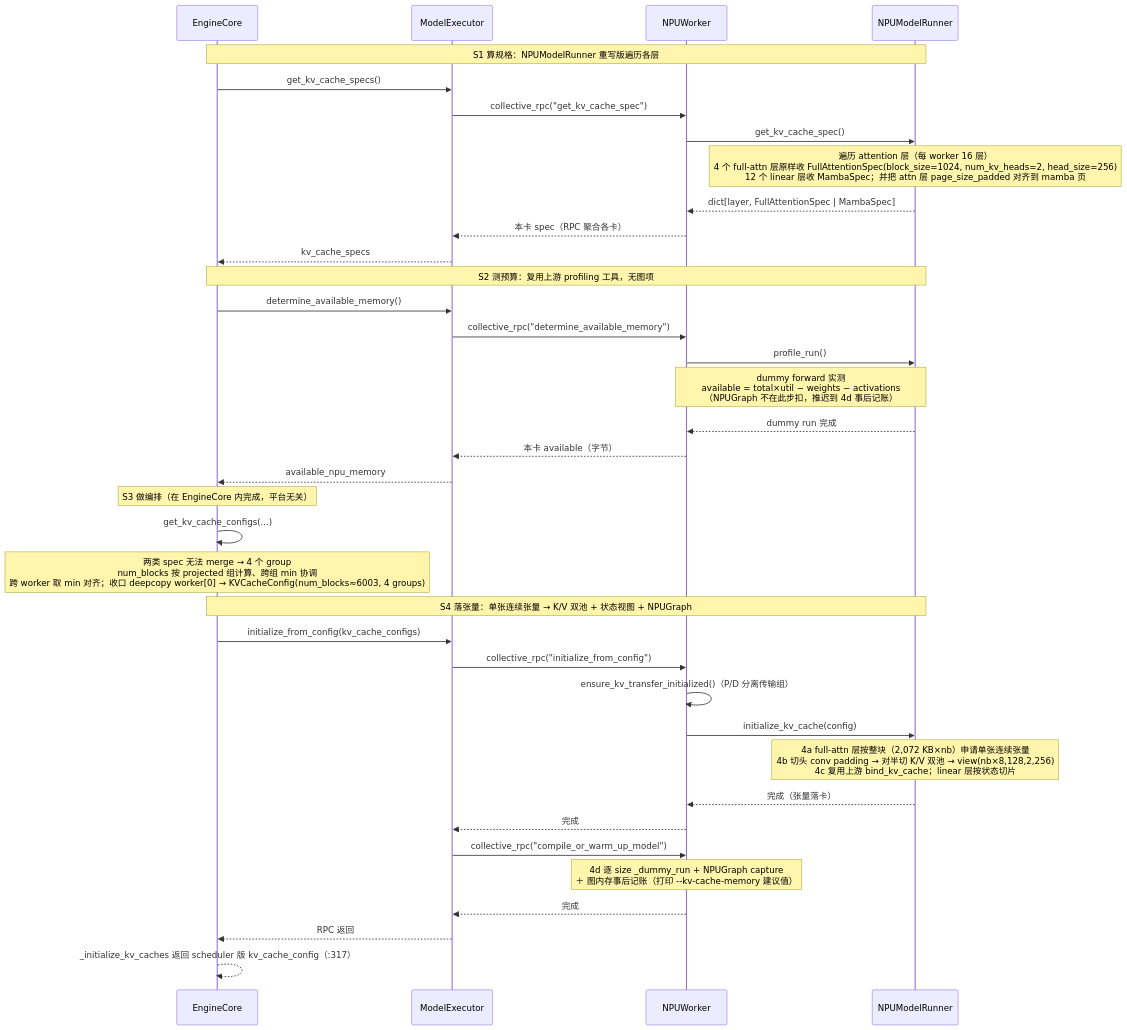
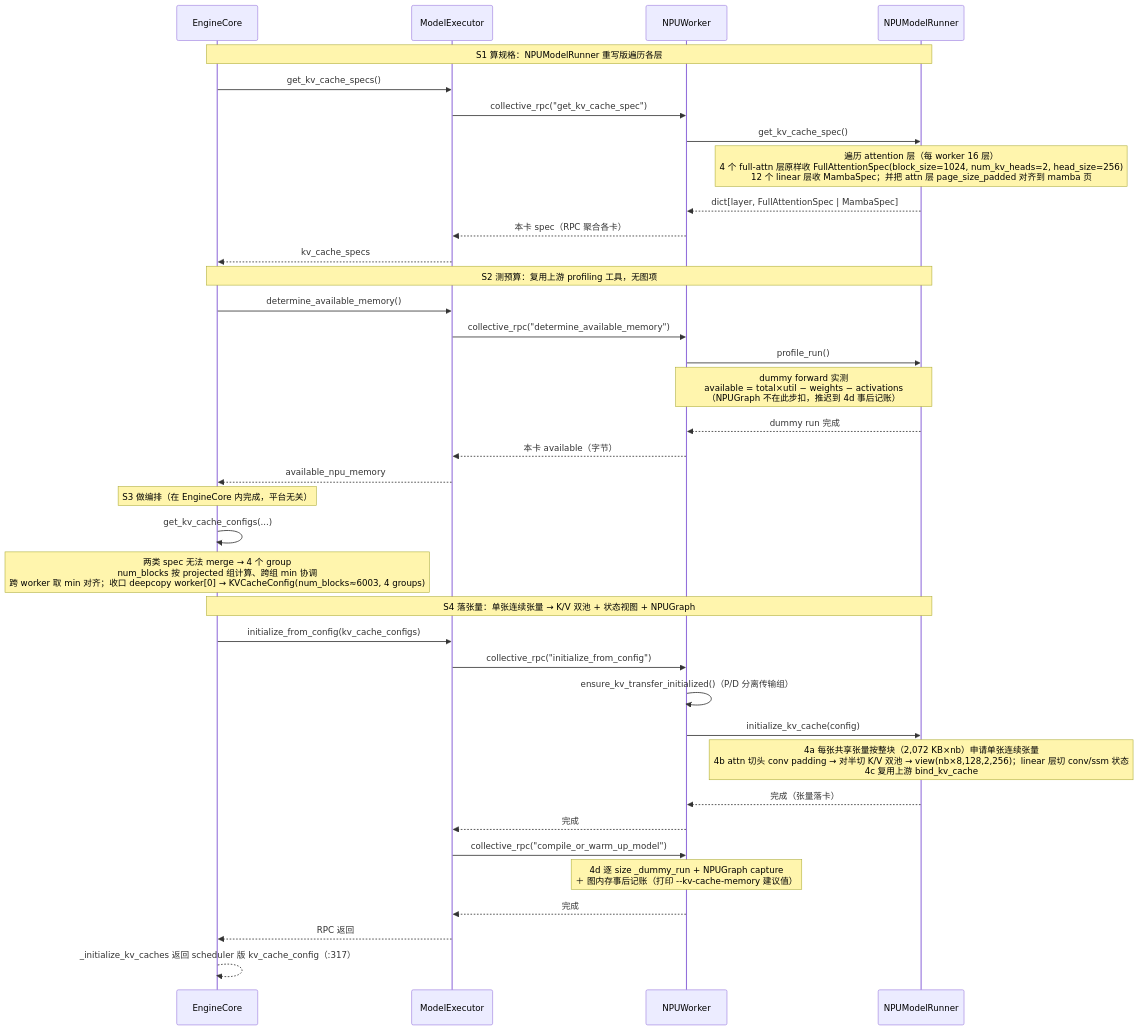
Before and after one commit to GoCHug/vllm: the first of 4 diagrams in vllm/v1/core/kvcache_study/kvcache_docs/npu_hybrid/1_start_init.md, drawn with Mermaid. The commit also changed other lines of this file and 3 other files, not shown here.

````diff
--- a/vllm/v1/core/kvcache_study/kvcache_docs/npu_hybrid/1_start_init.md
+++ b/vllm/v1/core/kvcache_study/kvcache_docs/npu_hybrid/1_start_init.md
@@ -89,44 +90,44 @@
 ```mermaid
 %%{init: {"themeVariables": {"actorFontSize": "11px", "messageFontSize": "11px", "noteFontSize": "11px"}, "sequence": {"actorMargin": 40, "messageMargin": 16, "noteMargin": 8, "boxMargin": 8, "mirrorActors": true}}}%%
 sequenceDiagram
     participant EngineCore
     participant ModelExecutor
     participant NPUWorker
     participant NPUModelRunner
 
     Note over EngineCore,NPUModelRunner: S1 算规格：NPUModelRunner 重写版遍历各层
     EngineCore->>ModelExecutor: get_kv_cache_specs()
     ModelExecutor->>NPUWorker: collective_rpc("get_kv_cache_spec")
     NPUWorker->>NPUModelRunner: get_kv_cache_spec()
     Note over NPUModelRunner: 遍历 attention 层（每 worker 16 层）<br/>4 个 full-attn 层原样收 FullAttentionSpec(block_size=1024, num_kv_heads=2, head_size=256)<br/>12 个 linear 层收 MambaSpec；并把 attn 层 page_size_padded 对齐到 mamba 页
     NPUModelRunner-->>NPUWorker: dict[layer, FullAttentionSpec | MambaSpec]
     NPUWorker-->>ModelExecutor: 本卡 spec（RPC 聚合各卡）
     ModelExecutor-->>EngineCore: kv_cache_specs
 
     Note over EngineCore,NPUModelRunner: S2 测预算：复用上游 profiling 工具，无图项
     EngineCore->>ModelExecutor: determine_available_memory()
     ModelExecutor->>NPUWorker: collective_rpc("determine_available_memory")
     NPUWorker->>NPUModelRunner: profile_run()
     Note over NPUWorker,NPUModelRunner: dummy forward 实测<br/>available = total×util − weights − activations<br/>（NPUGraph 不在此步扣，推迟到 4d 事后记账）
     NPUModelRunner-->>NPUWorker: dummy run 完成
     NPUWorker-->>ModelExecutor: 本卡 available（字节）
     ModelExecutor-->>EngineCore: available_npu_memory
 
     Note over EngineCore: S3 做编排（在 EngineCore 内完成，平台无关）
     EngineCore->>EngineCore: get_kv_cache_configs(...)
     Note over EngineCore: 两类 spec 无法 merge → 4 个 group<br/>num_blocks 按 projected 组计算、跨组 min 协调<br/>跨 worker 取 min 对齐；收口 deepcopy worker[0] → KVCacheConfig(num_blocks≈6003, 4 groups)
 
     Note over EngineCore,NPUModelRunner: S4 落张量：单张连续张量 → K/V 双池 + 状态视图 + NPUGraph
     EngineCore->>ModelExecutor: initialize_from_config(kv_cache_configs)
     ModelExecutor->>NPUWorker: collective_rpc("initialize_from_config")
     NPUWorker->>NPUWorker: ensure_kv_transfer_initialized()（P/D 分离传输组）
     NPUWorker->>NPUModelRunner: initialize_kv_cache(config)
-    Note over NPUModelRunner: 4a full-attn 层按整块（2,072 KB×nb）申请单张连续张量<br/>4b 切头 conv padding → 对半切 K/V 双池 → view(nb×8,128,2,256)<br/>4c 复用上游 bind_kv_cache；linear 层按状态切片
+    Note over NPUModelRunner: 4a 每张共享张量按整块（2,072 KB×nb）申请单张连续张量<br/>4b attn 切头 conv padding → 对半切 K/V 双池 → view(nb×8,128,2,256)；linear 层切 conv/ssm 状态<br/>4c 复用上游 bind_kv_cache
     NPUModelRunner-->>NPUWorker: 完成（张量落卡）
     NPUWorker-->>ModelExecutor: 完成
     ModelExecutor->>NPUWorker: collective_rpc("compile_or_warm_up_model")
     Note over NPUWorker: 4d 逐 size _dummy_run + NPUGraph capture<br/>＋ 图内存事后记账（打印 --kv-cache-memory 建议值）
     NPUWorker-->>ModelExecutor: 完成
     ModelExecutor-->>EngineCore: RPC 返回
     EngineCore-->>EngineCore: _initialize_kv_caches 返回 scheduler 版 kv_cache_config（:317）
 ```
````
